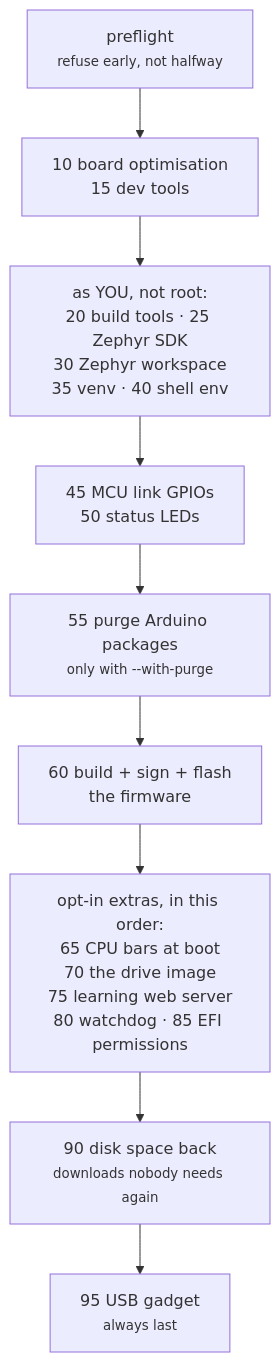
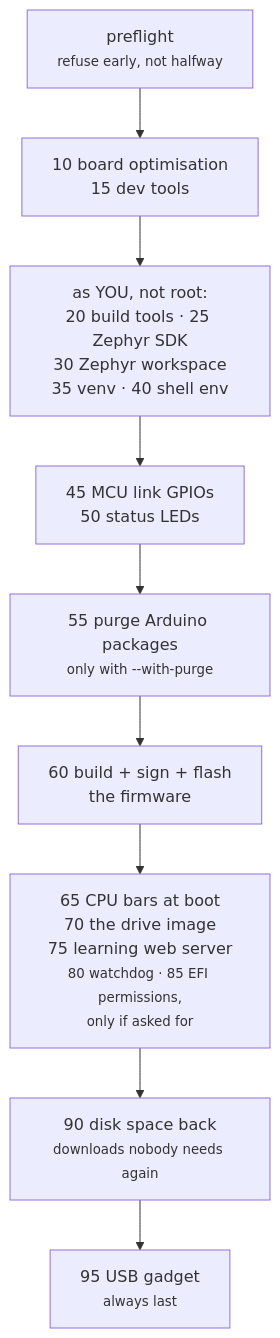
Before and after one commit to jim-wyatt/two-computers-one-board: the diagram in docs/learn/from-factory-to-this.md, drawn with Mermaid. The commit also changed other lines of this file and 22 other files, not shown here.

````diff
--- a/docs/learn/from-factory-to-this.md
+++ b/docs/learn/from-factory-to-this.md
@@ -88,11 +88,11 @@
 ```mermaid
 flowchart TD
   P["preflight<br/><small>refuse early, not halfway</small>"] --> R1["10 board optimisation<br/>15 dev tools"]
   R1 --> U["as YOU, not root:<br/>20 build tools · 25 Zephyr SDK<br/>30 Zephyr workspace<br/>35 venv · 40 shell env"]
   U --> R3["45 MCU link GPIOs<br/>50 status LEDs"]
   R3 --> E4["55 purge Arduino packages<br/><small>only with --with-purge</small>"]
   E4 --> B["60 build + sign + flash<br/>the firmware"]
-  B --> O["opt-in extras, in this order:<br/>65 CPU bars at boot<br/>70 the drive image<br/>75 learning web server<br/>80 watchdog · 85 EFI permissions"]
+  B --> O["65 CPU bars at boot<br/>70 the drive image<br/>75 learning web server<br/><small>80 watchdog · 85 EFI permissions,<br/>only if asked for</small>"]
   O --> C["90 disk space back<br/><small>downloads nobody needs again</small>"]
   C --> E2["95 USB gadget<br/><small>always last</small>"]
 ```
````
